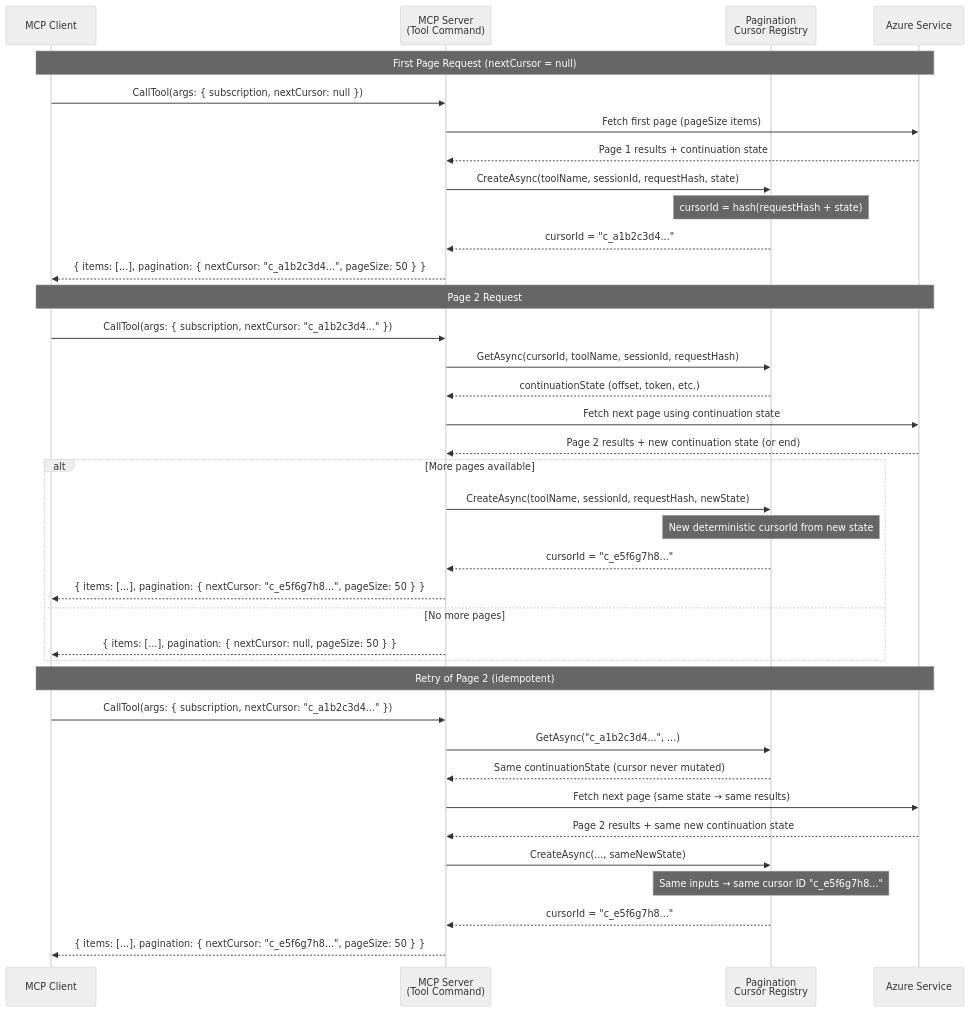
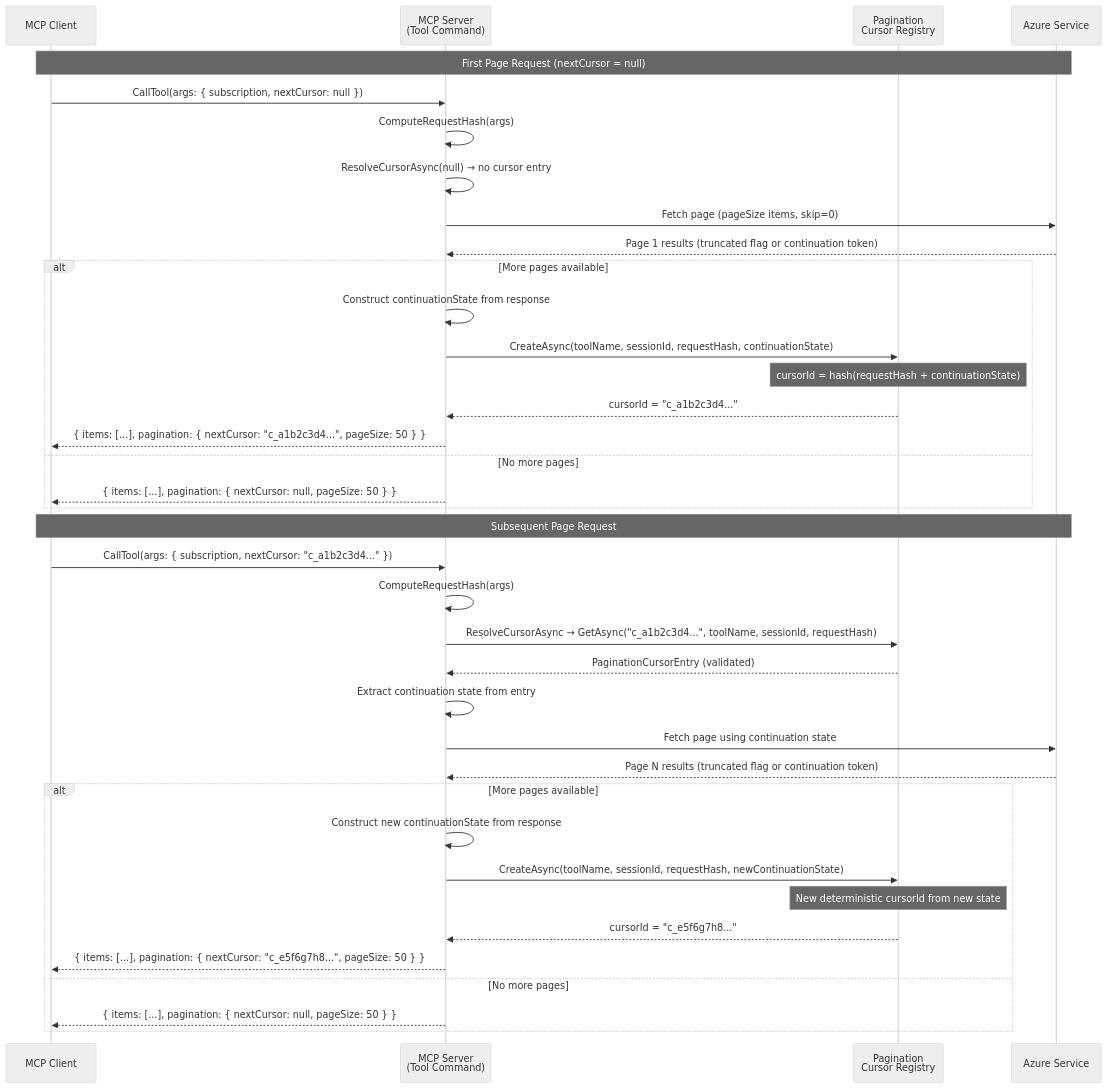
One commit to srnagar/mcp changed the third of 4 diagrams in docs/design/pagination-design-proposal.md. Above: the diagram before and after it, drawn with Mermaid (neutral theme). The commit also changed other lines of this file and 1 other file, not shown here.

````diff
--- a/docs/design/pagination-design-proposal.md
+++ b/docs/design/pagination-design-proposal.md
@@ -309,42 +312,41 @@
 ```mermaid
 sequenceDiagram
     participant Client as MCP Client
     participant Server as MCP Server<br/>(Tool Command)
     participant Registry as Pagination<br/>Cursor Registry
     participant Azure as Azure Service
 
     Note over Client,Azure: First Page Request (nextCursor = null)
     Client->>Server: CallTool(args: { subscription, nextCursor: null })
-    Server->>Azure: Fetch first page (pageSize items)
-    Azure-->>Server: Page 1 results + continuation state
-    Server->>Registry: CreateAsync(toolName, sessionId, requestHash, state)
-    Note over Registry: cursorId = hash(requestHash + state)
-    Registry-->>Server: cursorId = "c_a1b2c3d4..."
-    Server-->>Client: { items: [...], pagination: { nextCursor: "c_a1b2c3d4...", pageSize: 50 } }
+    Server->>Server: ComputeRequestHash(args)
+    Server->>Server: ResolveCursorAsync(null) → no cursor entry
+    Server->>Azure: Fetch page (pageSize items, skip=0)
+    Azure-->>Server: Page 1 results (truncated flag or continuation token)
+    alt More pages available
+        Server->>Server: Construct continuationState from response
+        Server->>Registry: CreateAsync(toolName, sessionId, requestHash, continuationState)
+        Note over Registry: cursorId = hash(requestHash + continuationState)
+        Registry-->>Server: cursorId = "c_a1b2c3d4..."
+        Server-->>Client: { items: [...], pagination: { nextCursor: "c_a1b2c3d4...", pageSize: 50 } }
+    else No more pages
+        Server-->>Client: { items: [...], pagination: { nextCursor: null, pageSize: 50 } }
+    end
 
-    Note over Client,Azure: Page 2 Request
+    Note over Client,Azure: Subsequent Page Request
     Client->>Server: CallTool(args: { subscription, nextCursor: "c_a1b2c3d4..." })
-    Server->>Registry: GetAsync(cursorId, toolName, sessionId, requestHash)
-    Registry-->>Server: continuationState (offset, token, etc.)
-    Server->>Azure: Fetch next page using continuation state
-    Azure-->>Server: Page 2 results + new continuation state (or end)
+    Server->>Server: ComputeRequestHash(args)
+    Server->>Registry: ResolveCursorAsync → GetAsync("c_a1b2c3d4...", toolName, sessionId, requestHash)
+    Registry-->>Server: PaginationCursorEntry (validated)
+    Server->>Server: Extract continuation state from entry
+    Server->>Azure: Fetch page using continuation state
+    Azure-->>Server: Page N results (truncated flag or continuation token)
     alt More pages available
-        Server->>Registry: CreateAsync(toolName, sessionId, requestHash, newState)
+        Server->>Server: Construct new continuationState from response
+        Server->>Registry: CreateAsync(toolName, sessionId, requestHash, newContinuationState)
         Note over Registry: New deterministic cursorId from new state
         Registry-->>Server: cursorId = "c_e5f6g7h8..."
         Server-->>Client: { items: [...], pagination: { nextCursor: "c_e5f6g7h8...", pageSize: 50 } }
     else No more pages
         Server-->>Client: { items: [...], pagination: { nextCursor: null, pageSize: 50 } }
     end
-
-    Note over Client,Azure: Retry of Page 2 (idempotent)
-    Client->>Server: CallTool(args: { subscription, nextCursor: "c_a1b2c3d4..." })
-    Server->>Registry: GetAsync("c_a1b2c3d4...", ...)
-    Registry-->>Server: Same continuationState (cursor never mutated)
-    Server->>Azure: Fetch next page (same state → same results)
-    Azure-->>Server: Page 2 results + same new continuation state
-    Server->>Registry: CreateAsync(..., sameNewState)
-    Note over Registry: Same inputs → same cursor ID "c_e5f6g7h8..."
-    Registry-->>Server: cursorId = "c_e5f6g7h8..."
-    Server-->>Client: { items: [...], pagination: { nextCursor: "c_e5f6g7h8...", pageSize: 50 } }
 ```
````
